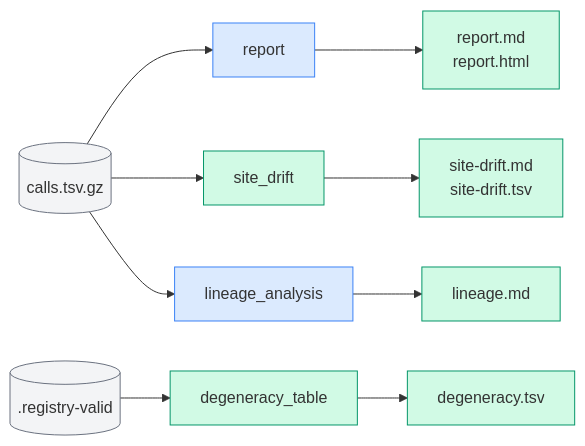
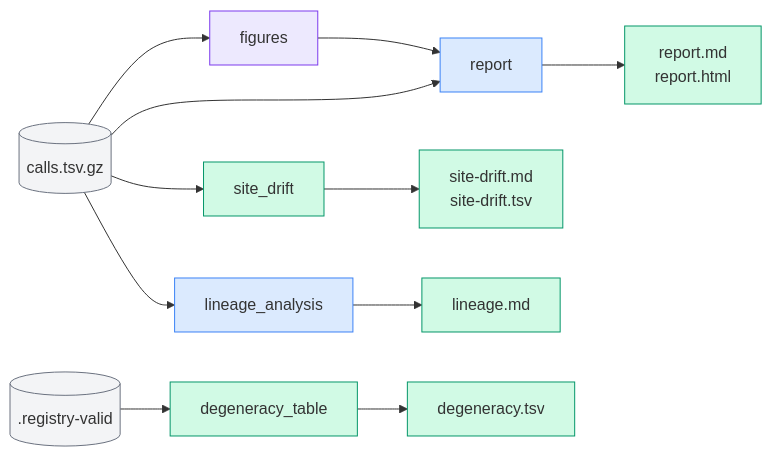
Before and after one commit to batyanight/assaywatch: the ninth of 9 diagrams in docs/pipeline-architecture.md, drawn with Mermaid. The commit also changed other lines of this file and 7 other files, not shown here.

````diff
--- a/docs/pipeline-architecture.md
+++ b/docs/pipeline-architecture.md
@@ -284,23 +331,26 @@
 ```mermaid
 flowchart LR
-    CALLS[("calls.tsv.gz")] --> RPT["report"]
+    CALLS[("calls.tsv.gz")] --> FIG["figures"]
+    FIG --> RPT["report"]
+    CALLS --> RPT
     CALLS --> SD["site_drift"]
     CALLS --> LIN["lineage_analysis"]
     REG[(".registry-valid")] --> DG["degeneracy_table"]
 
     RPT --> O1["report.md\nreport.html"]
     SD --> O2["site-drift.md\nsite-drift.tsv"]
     LIN --> O3["lineage.md"]
     DG --> O4["degeneracy.tsv"]
 
     style CALLS fill:#f3f4f6,stroke:#6b7280
     style REG fill:#f3f4f6,stroke:#6b7280
+    style FIG fill:#ede9fe,stroke:#7c3aed
     style RPT fill:#dbeafe,stroke:#3b82f6
     style SD fill:#d1fae5,stroke:#059669
     style LIN fill:#dbeafe,stroke:#3b82f6
     style DG fill:#d1fae5,stroke:#059669
     style O1 fill:#d1fae5,stroke:#059669
     style O2 fill:#d1fae5,stroke:#059669
     style O3 fill:#d1fae5,stroke:#059669
     style O4 fill:#d1fae5,stroke:#059669
 ```
````
